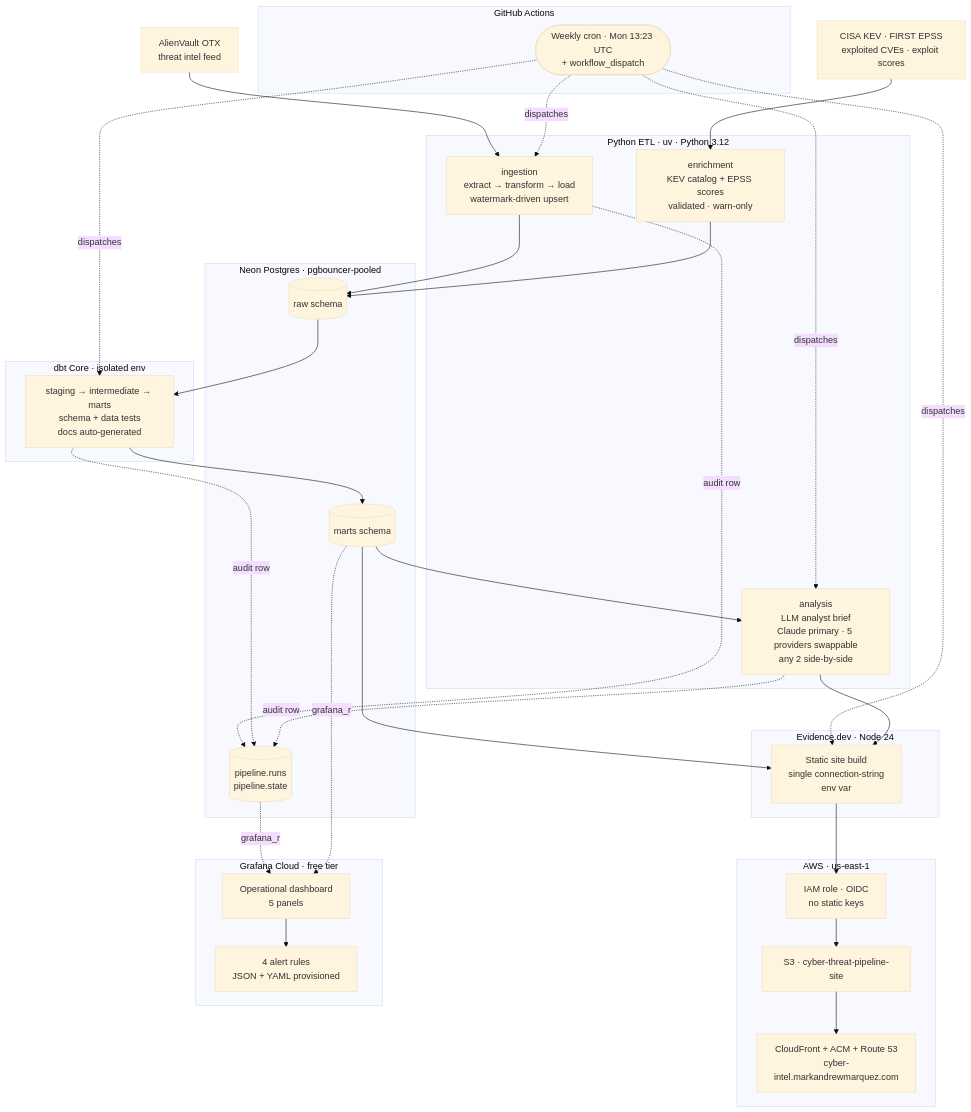
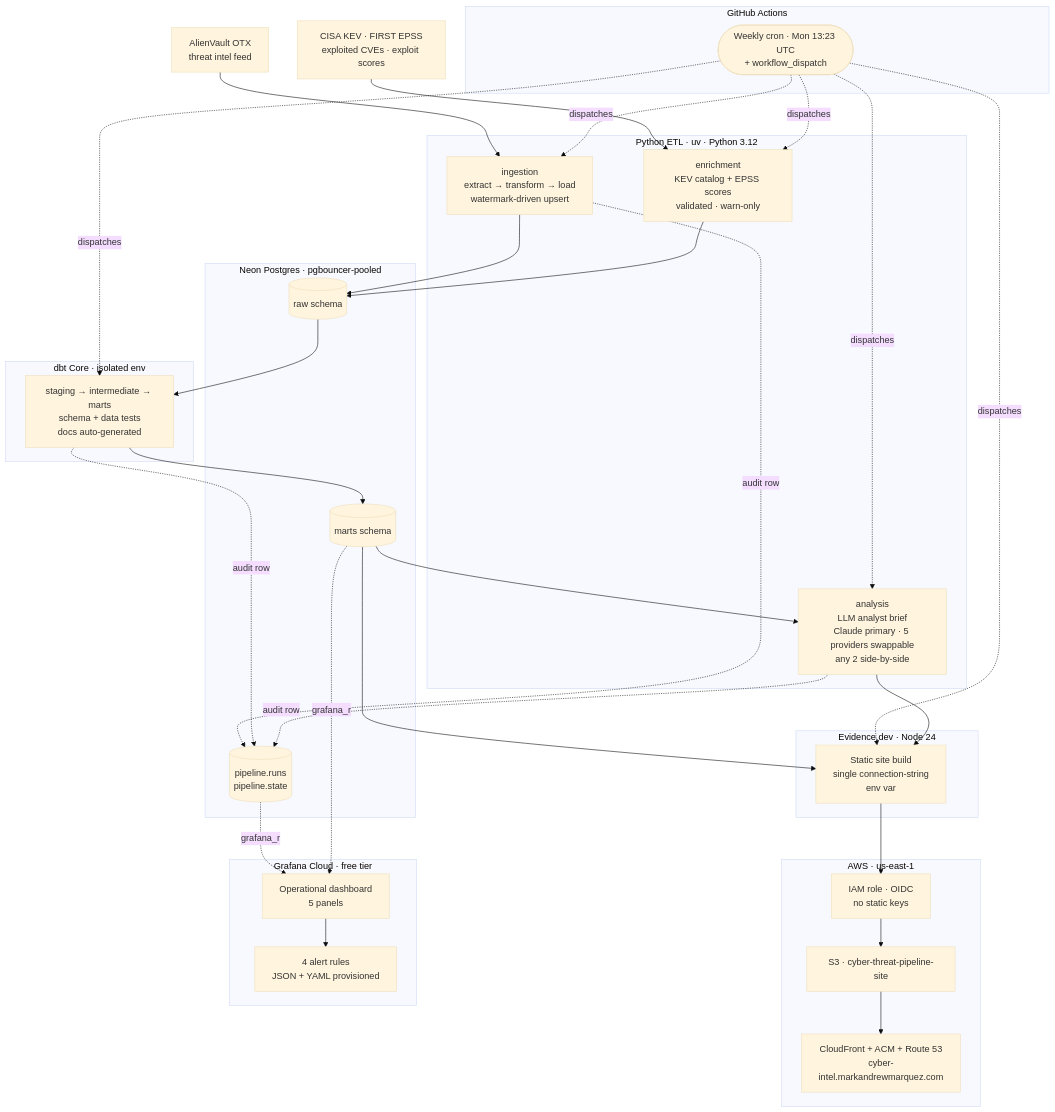
One commit to marky224/cyber-threat-pipeline changed the diagram in docs/architecture.md. Above: the diagram before and after it, drawn with Mermaid (base theme). The commit also changed other lines of this file and 2 other files, not shown here.

First line of the commit message:
ci(pipeline): run make enrich after ingest without blocking the publish

````diff
--- a/docs/architecture.md
+++ b/docs/architecture.md
@@ -7,62 +7,63 @@
 ```mermaid
 flowchart TB
     OTX[AlienVault OTX<br/>threat intel feed]
     Feeds[CISA KEV · FIRST EPSS<br/>exploited CVEs · exploit scores]
 
     subgraph GH["GitHub Actions"]
         Cron(["Weekly cron · Mon 13:23 UTC<br/>+ workflow_dispatch"])
     end
 
     subgraph App["Python ETL · uv · Python 3.12"]
         Ingest["ingestion<br/>extract → transform → load<br/>watermark-driven upsert"]
         Enrich["enrichment<br/>KEV catalog + EPSS scores<br/>validated · warn-only"]
         Analysis["analysis<br/>LLM analyst brief<br/>Claude primary · 5 providers swappable<br/>any 2 side-by-side"]
     end
 
     subgraph Neon["Neon Postgres · pgbouncer-pooled"]
         Raw[("raw schema")]
         Marts[("marts schema")]
         Audit[("pipeline.runs<br/>pipeline.state")]
     end
 
     subgraph Transform["dbt Core · isolated env"]
         DBT["staging → intermediate → marts<br/>schema + data tests<br/>docs auto-generated"]
     end
 
     subgraph Reporting["Evidence.dev · Node 24"]
         Build["Static site build<br/>single connection-string<br/>env var"]
     end
 
     subgraph AWSBox["AWS · us-east-1"]
         OIDC["IAM role · OIDC<br/>no static keys"]
         S3["S3 · cyber-threat-pipeline-site"]
         CF["CloudFront + ACM + Route 53<br/>cyber-intel.markandrewmarquez.com"]
     end
 
     subgraph Ops["Grafana Cloud · free tier"]
         Dash["Operational dashboard<br/>5 panels"]
         Alerts["4 alert rules<br/>JSON + YAML provisioned"]
     end
 
     OTX --> Ingest
     Feeds --> Enrich
     Cron -.dispatches.-> Ingest
+    Cron -.dispatches.-> Enrich
     Cron -.dispatches.-> DBT
     Cron -.dispatches.-> Analysis
     Cron -.dispatches.-> Build
     Ingest --> Raw
     Enrich --> Raw
     Raw --> DBT
     DBT --> Marts
     Marts --> Analysis
     Marts --> Build
     Analysis --> Build
     Build --> OIDC
     OIDC --> S3 --> CF
     Ingest -.audit row.-> Audit
     DBT -.audit row.-> Audit
     Analysis -.audit row.-> Audit
     Audit -.grafana_ro.-> Dash
     Marts -.grafana_ro.-> Dash
     Dash --> Alerts
 ```
````
